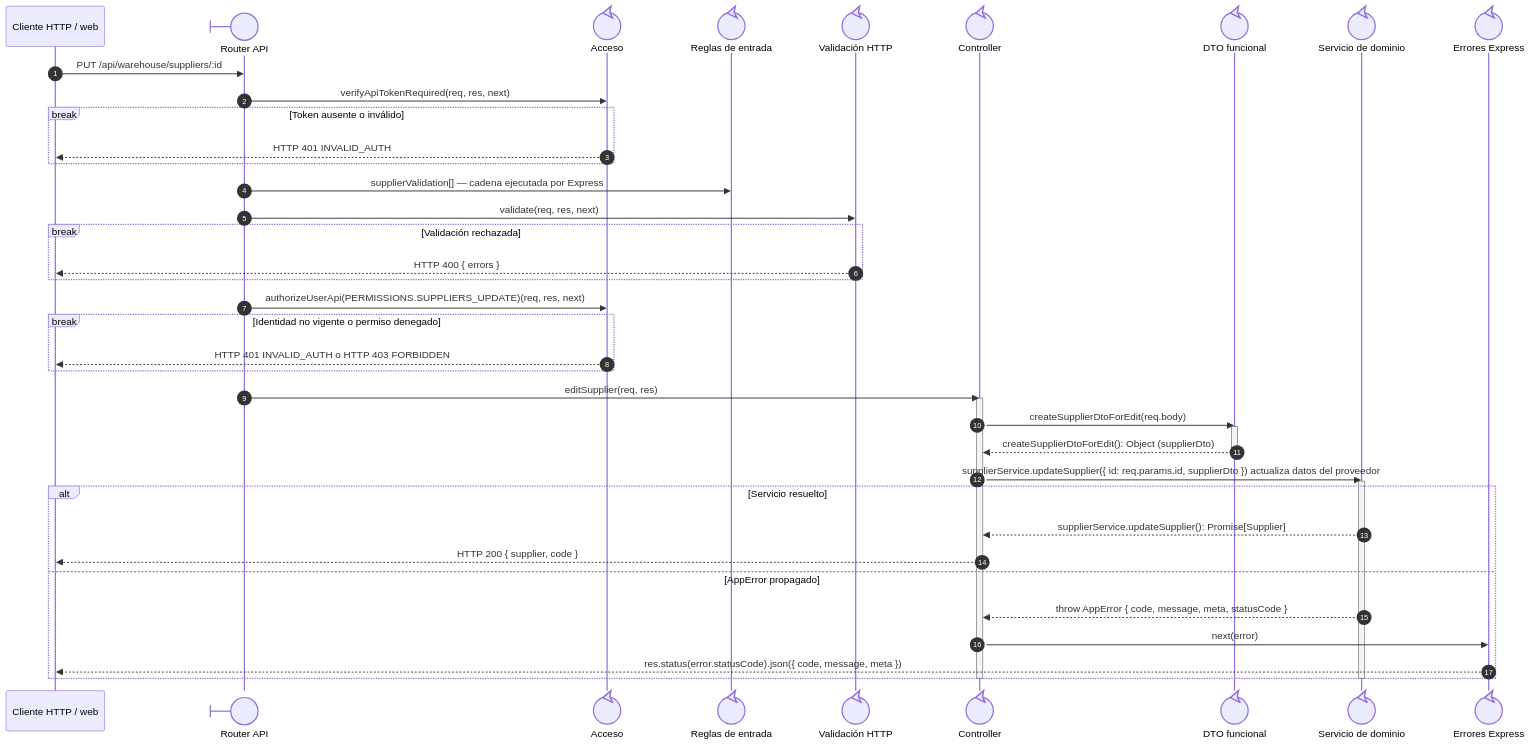
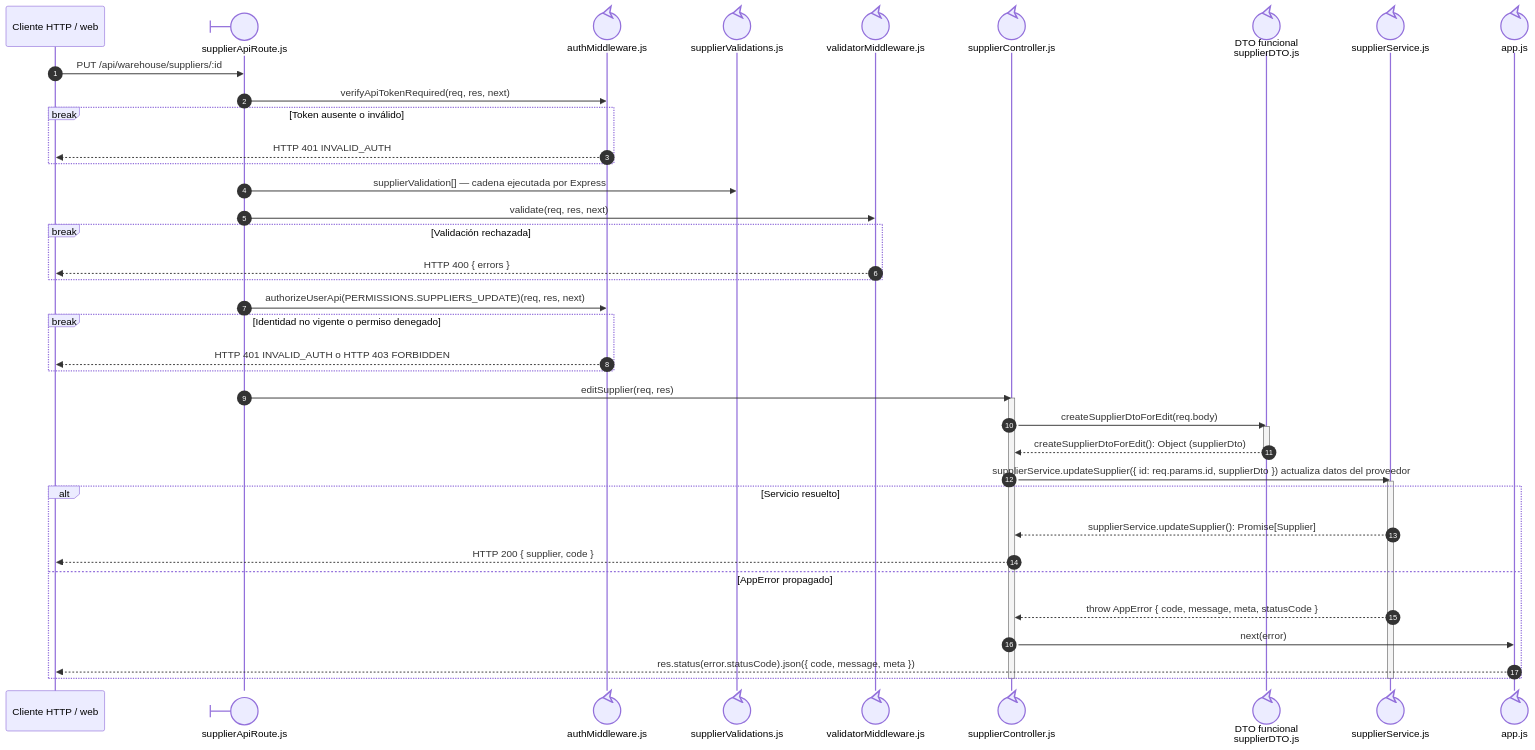
Before and after one commit to gpgsistemas01/nexus: the diagram in docs/architecture/views/processes/backend-code-sequences/catalogs/cu-cat-03.md, drawn with Mermaid. The commit also changed other lines of this file and 192 other files, not shown here.

Commit message:
docs: make sequence file ownership explicit and align code flows

````diff
--- a/docs/architecture/views/processes/backend-code-sequences/catalogs/cu-cat-03.md
+++ b/docs/architecture/views/processes/backend-code-sequences/catalogs/cu-cat-03.md
@@ -26,46 +28,46 @@
 ```mermaid
 sequenceDiagram
     autonumber
     participant Client as Cliente HTTP / web
-    participant Route@{ "type": "boundary" } as Router API
-    participant Auth@{ "type": "control" } as Acceso
-    participant ValidationRules@{ "type": "control" } as Reglas de entrada
-    participant Validator@{ "type": "control" } as Validación HTTP
-    participant Controller@{ "type": "control" } as Controller
-    participant SupplierDto@{ "type": "control" } as DTO funcional
-    participant Domain@{ "type": "control" } as Servicio de dominio
-    participant ErrorHandler@{ "type": "control" } as Errores Express
+    participant Route@{ "type": "boundary" } as supplierApiRoute.js
+    participant Auth@{ "type": "control" } as authMiddleware.js
+    participant ValidationRules@{ "type": "control" } as supplierValidations.js
+    participant Validator@{ "type": "control" } as validatorMiddleware.js
+    participant Controller@{ "type": "control" } as supplierController.js
+    participant SupplierDto@{ "type": "control" } as DTO funcional<br/>supplierDTO.js
+    participant Domain@{ "type": "control" } as supplierService.js
+    participant ErrorHandler@{ "type": "control" } as app.js
 
     Client->>Route: PUT /api/warehouse/suppliers/:id
     Route->>Auth: verifyApiTokenRequired(req, res, next)
     break Token ausente o inválido
         Auth-->>Client: HTTP 401 INVALID_AUTH
     end
     Route->>ValidationRules: supplierValidation[] — cadena ejecutada por Express
     Route->>Validator: validate(req, res, next)
     break Validación rechazada
         Validator-->>Client: HTTP 400 { errors }
     end
     Route->>Auth: authorizeUserApi(PERMISSIONS.SUPPLIERS_UPDATE)(req, res, next)
     break Identidad no vigente o permiso denegado
         Auth-->>Client: HTTP 401 INVALID_AUTH o HTTP 403 FORBIDDEN
     end
     Route->>Controller: editSupplier(req, res)
     activate Controller
     Controller->>SupplierDto: createSupplierDtoForEdit(req.body)
     activate SupplierDto
     SupplierDto-->>Controller: createSupplierDtoForEdit(): Object (supplierDto)
     deactivate SupplierDto
     Controller->>Domain: supplierService.updateSupplier({ id: req.params.id, supplierDto }) actualiza datos del proveedor
     activate Domain
     alt Servicio resuelto
         Domain-->>Controller: supplierService.updateSupplier(): Promise[Supplier]
         Controller-->>Client: HTTP 200 { supplier, code }
     else AppError propagado
         Domain-->>Controller: throw AppError { code, message, meta, statusCode }
         Controller->>ErrorHandler: next(error)
         ErrorHandler-->>Client: res.status(error.statusCode).json({ code, message, meta })
     end
     deactivate Domain
     deactivate Controller
 ```
````
